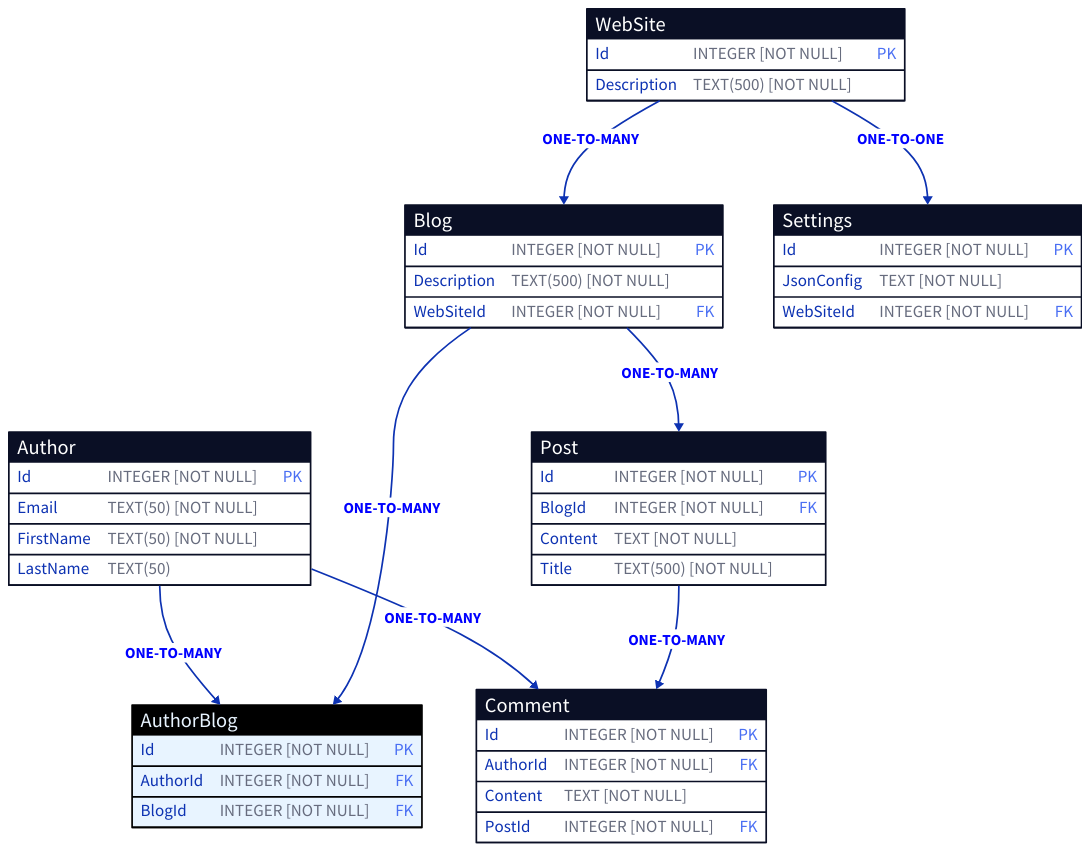
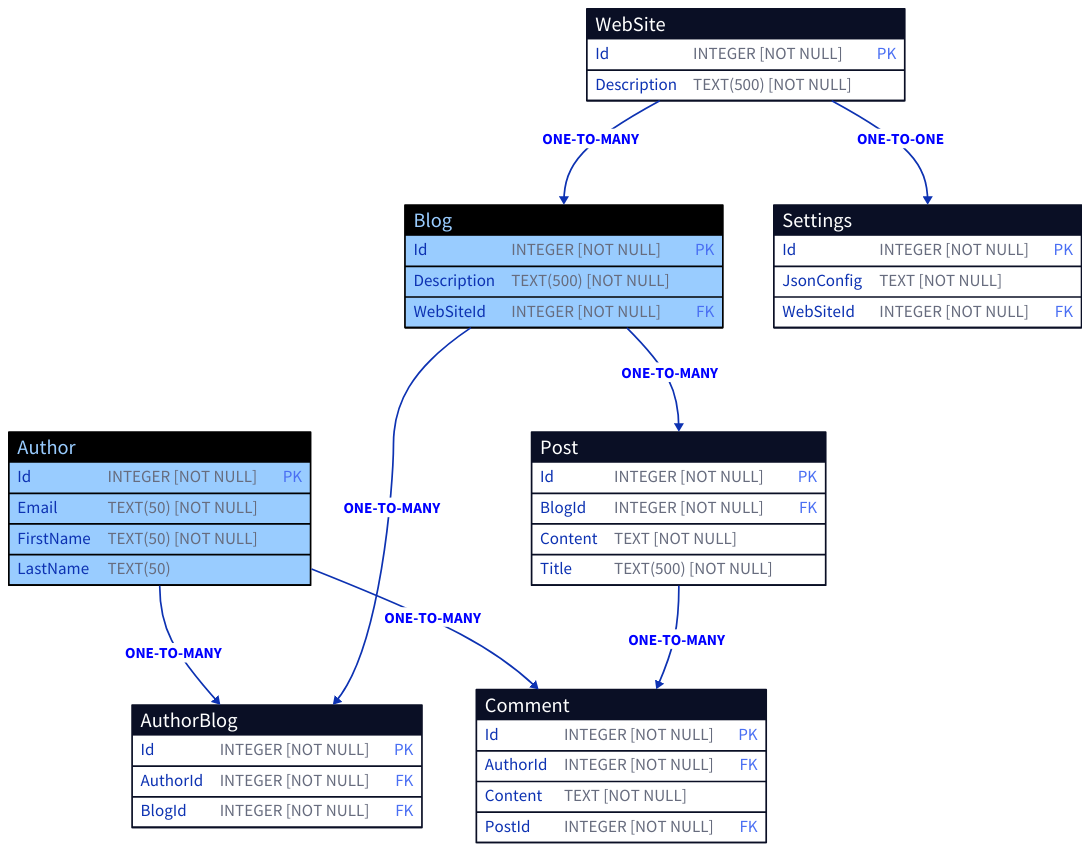
Before and after one commit to nickathone/AllOverIt: the diagram in Demos/AllOverIt.EntityFrameworkCore.Diagrams/D2ErdGenerator/Output Examples/sample_erd.d2, drawn with D2. The commit also changed 14 other files, not shown here.

Commit message:
D2 diagram updates

```diff
--- a/Demos/AllOverIt.EntityFrameworkCore.Diagrams/D2ErdGenerator/Output Examples/sample_erd.d2
+++ b/Demos/AllOverIt.EntityFrameworkCore.Diagrams/D2ErdGenerator/Output Examples/sample_erd.d2
@@ -1,118 +1,123 @@
 Author: {
   shape: sql_table
+
+  style: {
+    fill: black
+    stroke: \#99ccff
+  }
 
   Id: INTEGER \[NOT NULL\] {constraint: primary_key}
   Email: TEXT(50) \[NOT NULL\]
   FirstName: TEXT(50) \[NOT NULL\]
   LastName: TEXT(50)
 }
 
 AuthorBlog: {
   shape: sql_table
 
-  style: {
-    fill: black
-    stroke: \#E8F4FF
-  }
-
   Id: INTEGER \[NOT NULL\] {constraint: primary_key}
   AuthorId: INTEGER \[NOT NULL\] {constraint: foreign_key}
   BlogId: INTEGER \[NOT NULL\] {constraint: foreign_key}
 }
 
 Blog: {
   shape: sql_table
+
+  style: {
+    fill: black
+    stroke: \#99ccff
+  }
 
   Id: INTEGER \[NOT NULL\] {constraint: primary_key}
   Description: TEXT(500) \[NOT NULL\]
   WebSiteId: INTEGER \[NOT NULL\] {constraint: foreign_key}
 }
 
 Comment: {
   shape: sql_table
 
   Id: INTEGER \[NOT NULL\] {constraint: primary_key}
   AuthorId: INTEGER \[NOT NULL\] {constraint: foreign_key}
   Content: TEXT \[NOT NULL\]
   PostId: INTEGER \[NOT NULL\] {constraint: foreign_key}
 }
 
 Post: {
   shape: sql_table
 
   Id: INTEGER \[NOT NULL\] {constraint: primary_key}
   BlogId: INTEGER \[NOT NULL\] {constraint: foreign_key}
   Content: TEXT \[NOT NULL\]
   Title: TEXT(500) \[NOT NULL\]
 }
 
 Settings: {
   shape: sql_table
 
   Id: INTEGER \[NOT NULL\] {constraint: primary_key}
   JsonConfig: TEXT \[NOT NULL\]
   WebSiteId: INTEGER \[NOT NULL\] {constraint: foreign_key}
 }
 
 WebSite: {
   shape: sql_table
 
   Id: INTEGER \[NOT NULL\] {constraint: primary_key}
   Description: TEXT(500) \[NOT NULL\]
 }
 
 Author.Id -> AuthorBlog.AuthorId: ONE-TO-MANY {
   style: {
     font-size: 18
     font-color: blue
     bold: true
   }
 }
 
 Blog.Id -> AuthorBlog.BlogId: ONE-TO-MANY {
   style: {
     font-size: 18
     font-color: blue
     bold: true
   }
 }
 
 WebSite.Id -> Blog.WebSiteId: ONE-TO-MANY {
   style: {
     font-size: 18
     font-color: blue
     bold: true
   }
 }
 
 Author.Id -> Comment.AuthorId: ONE-TO-MANY {
   style: {
     font-size: 18
     font-color: blue
     bold: true
   }
 }
 
 Post.Id -> Comment.PostId: ONE-TO-MANY {
   style: {
     font-size: 18
     font-color: blue
     bold: true
   }
 }
 
 Blog.Id -> Post.BlogId: ONE-TO-MANY {
   style: {
     font-size: 18
     font-color: blue
     bold: true
   }
 }
 
 WebSite.Id -> Settings.WebSiteId: ONE-TO-ONE {
   style: {
     font-size: 18
     font-color: blue
     bold: true
   }
 }
```
